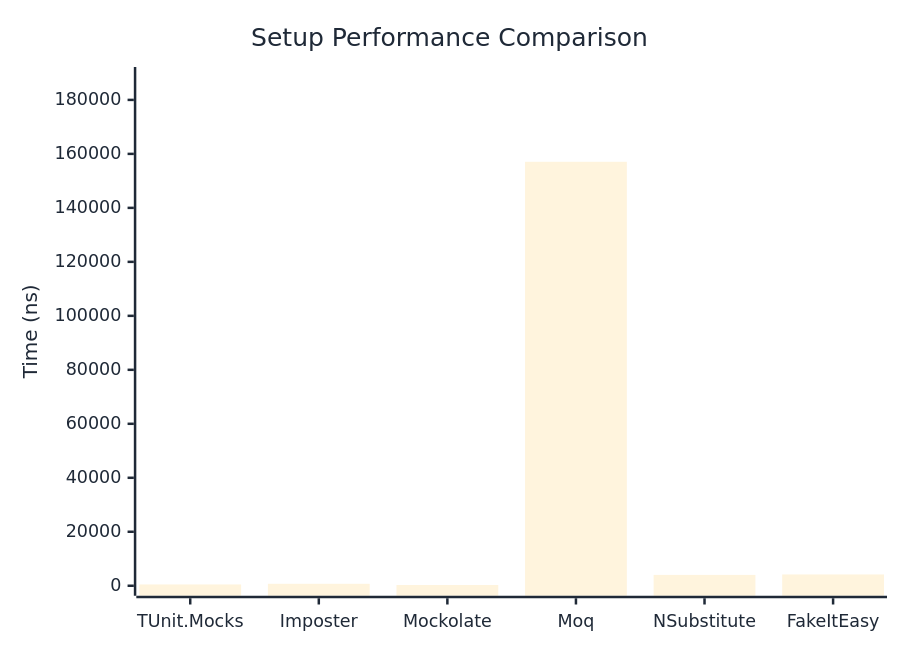
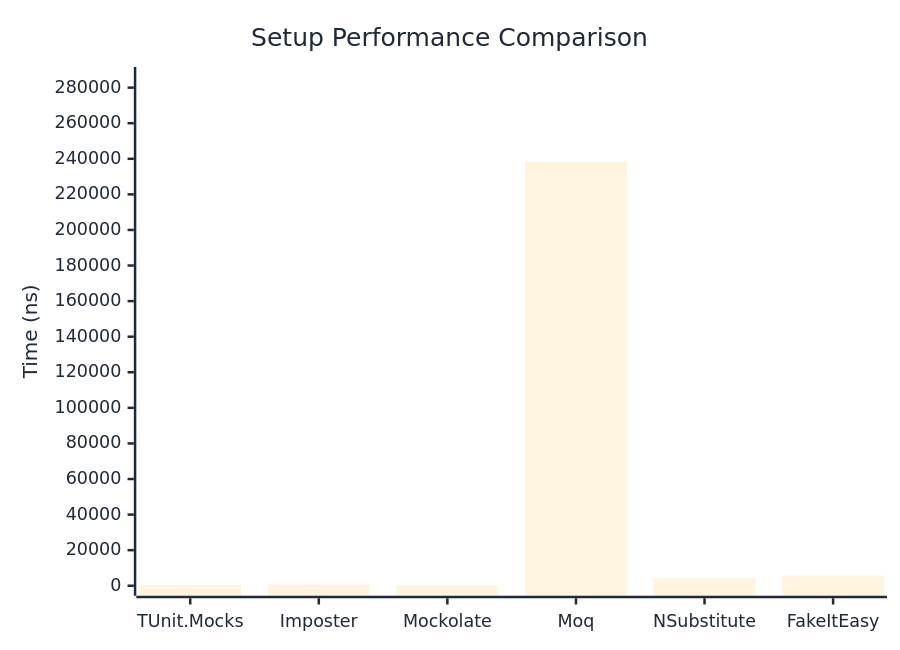
Before and after one commit to thomhurst/TUnit: the first of 2 diagrams in docs/docs/benchmarks/mocks/Setup.md, drawn with Mermaid. The commit also changed other lines of this file and 14 other files, not shown here.

````diff
--- a/docs/docs/benchmarks/mocks/Setup.md
+++ b/docs/docs/benchmarks/mocks/Setup.md
@@ -30,27 +30,27 @@
 ```mermaid
 %%{init: {
   'theme':'base',
   'themeVariables': {
     'primaryColor': '#2563eb',
     'primaryTextColor': '#1f2937',
     'primaryBorderColor': '#1e40af',
     'lineColor': '#6b7280',
     'secondaryColor': '#7c3aed',
     'tertiaryColor': '#dc2626',
     'background': '#ffffff',
     'pie1': '#2563eb',
     'pie2': '#7c3aed',
     'pie3': '#dc2626',
     'pie4': '#f59e0b',
     'pie5': '#10b981',
     'pie6': '#06b6d4',
     'pie7': '#ec4899',
     'pie8': '#6366f1'
   }
 }}%%
 xychart-beta
   title "Setup Performance Comparison"
   x-axis ["TUnit.Mocks", "Imposter", "Mockolate", "Moq", "NSubstitute", "FakeItEasy"]
-  y-axis "Time (ns)" 0 --> 188484
-  bar [481.8, 721.6, 275.4, 157069.9, 4014.3, 4190]
+  y-axis "Time (ns)" 0 --> 285977
+  bar [421, 633.6, 254.6, 238313.8, 4215.3, 5731.3]
 ```
````
